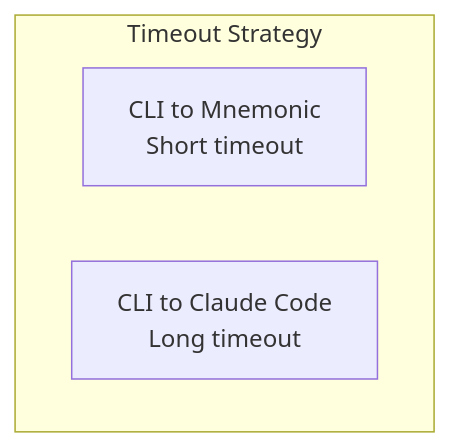
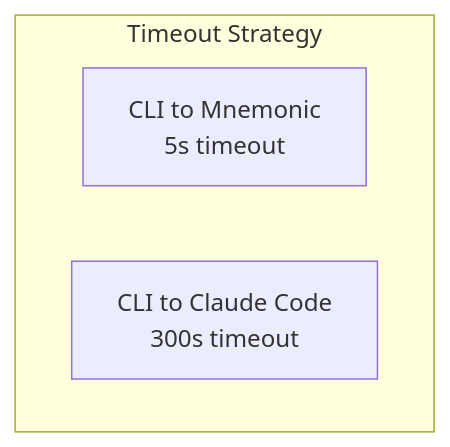
The sixth of 8 diagrams in docs/architecture/04-communication-patterns.md (twistingmercury/mnemonic-mcp), drawn with Mermaid before and after one commit. The commit also changed other lines of this file and 18 other files, not shown here.

````diff
--- a/docs/architecture/04-communication-patterns.md
+++ b/docs/architecture/04-communication-patterns.md
@@ -179,7 +179,7 @@
 ```mermaid
 graph TB
     subgraph "Timeout Strategy"
-        CLI_MN[CLI to Mnemonic<br/>Short timeout]
-        CLI_CC[CLI to Claude Code<br/>Long timeout]
+        CLI_MN[CLI to Mnemonic<br/>5s timeout]
+        CLI_CC[CLI to Claude Code<br/>300s timeout]
     end
 ```
````
